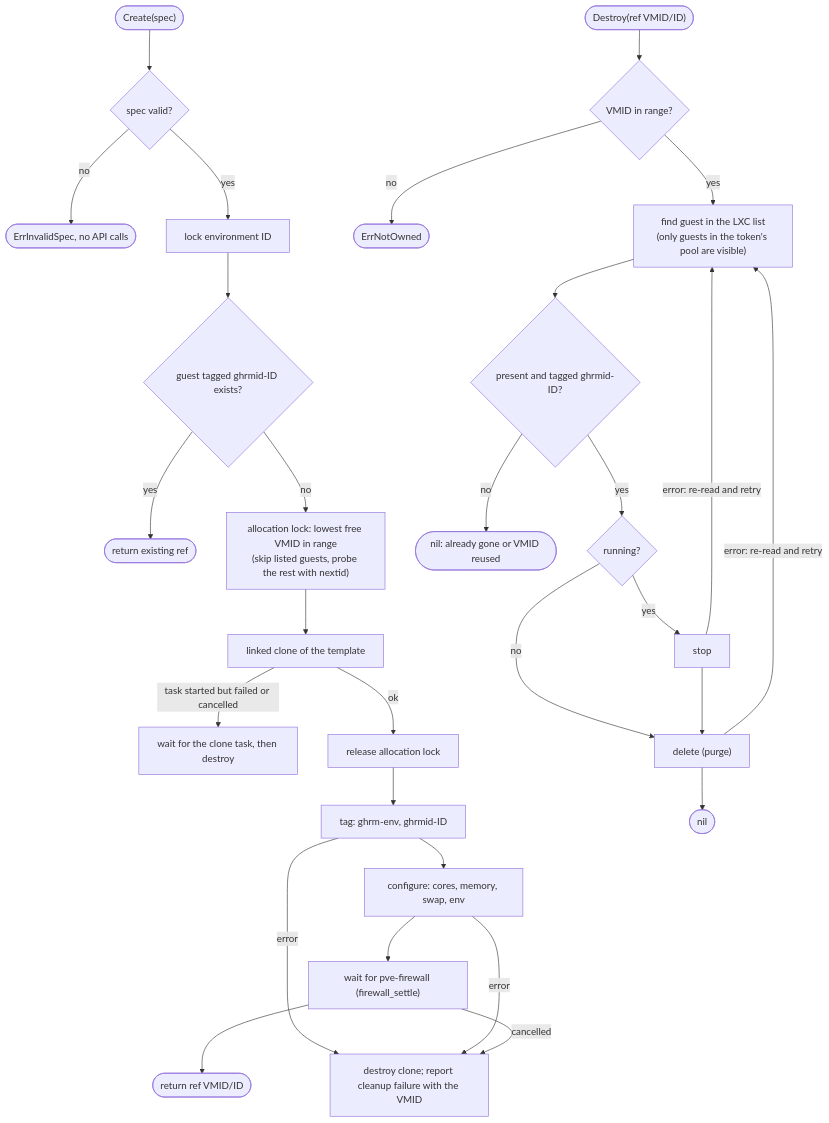
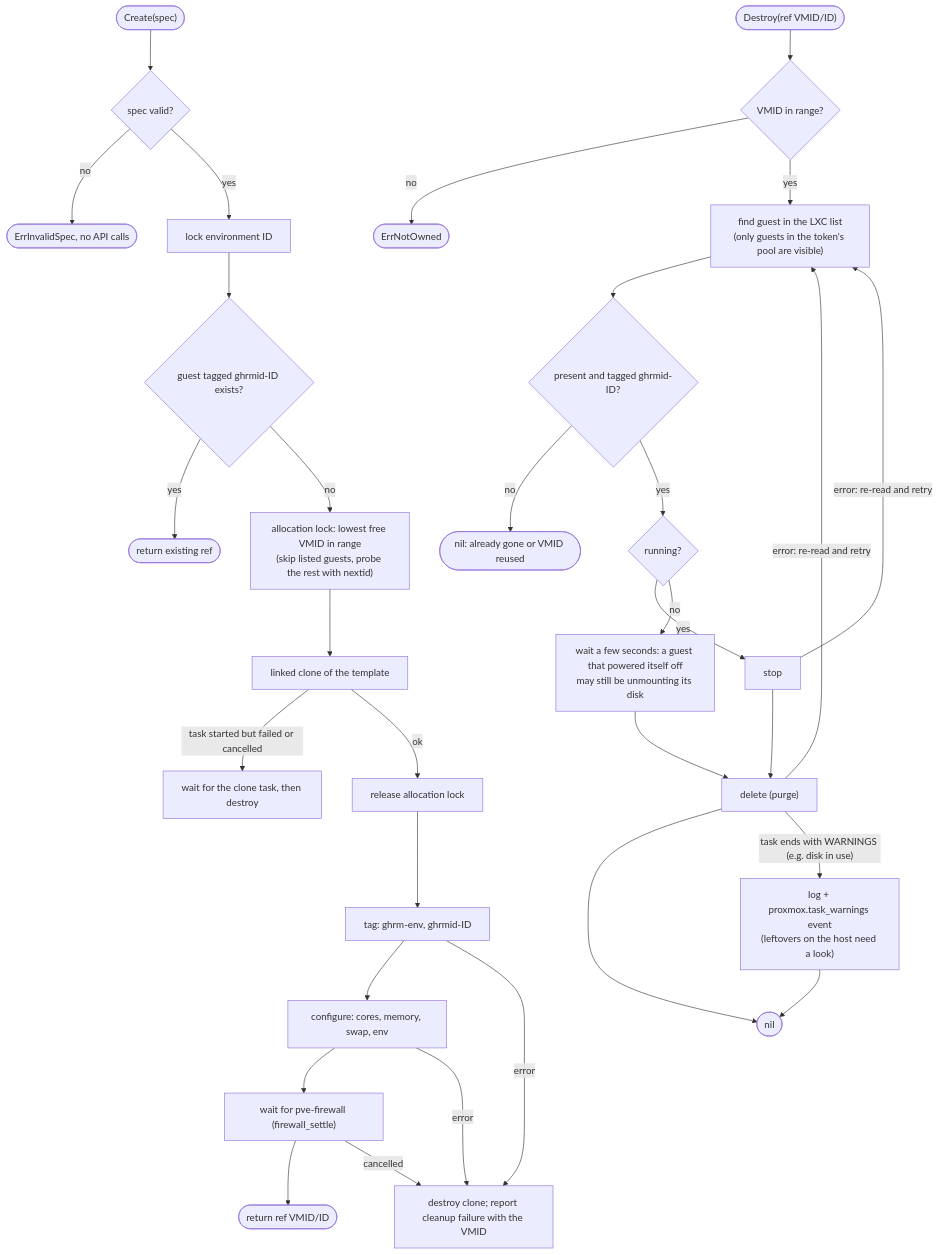
One commit to cocardoso/gh-runners-manager changed the seventh of 10 diagrams in docs/architecture.md. Above: the diagram before and after it, drawn with Mermaid. The commit also changed other lines of this file, not shown here.

Commit message:
docs: builder agent update, destroy settle and warnings, job queue time in the diagrams

````diff
--- a/docs/architecture.md
+++ b/docs/architecture.md
@@ -267,32 +269,35 @@
 ```mermaid
 flowchart TD
     start(["Create(spec)"]) --> validate{"spec valid?"}
     validate -- no --> reject(["ErrInvalidSpec, no API calls"])
     validate -- yes --> idlock["lock environment ID"]
     idlock --> existing{"guest tagged ghrmid-ID exists?"}
     existing -- yes --> same(["return existing ref"])
     existing -- no --> alloc["allocation lock: lowest free VMID in range<br/>(skip listed guests, probe the rest with nextid)"]
     alloc --> clone["linked clone of the template"]
     clone -- "task started but failed or cancelled" --> waitclean["wait for the clone task, then destroy"]
     clone -- ok --> unlockalloc["release allocation lock"]
     unlockalloc --> tag["tag: ghrm-env, ghrmid-ID"]
     tag --> configure["configure: cores, memory, swap, env"]
     configure --> settle["wait for pve-firewall (firewall_settle)"]
     settle --> ref(["return ref VMID/ID"])
     tag -- error --> cleanup["destroy clone; report cleanup failure with the VMID"]
     configure -- error --> cleanup
     settle -- cancelled --> cleanup
 
     dstart(["Destroy(ref VMID/ID)"]) --> range{"VMID in range?"}
     range -- no --> notowned(["ErrNotOwned"])
     range -- yes --> look["find guest in the LXC list<br/>(only guests in the token's pool are visible)"]
     look --> mine{"present and tagged ghrmid-ID?"}
     mine -- no --> gone(["nil: already gone or VMID reused"])
     mine -- yes --> running{"running?"}
     running -- yes --> stop["stop"]
-    running -- no --> del["delete (purge)"]
+    running -- no --> settle2["wait a few seconds: a guest that powered itself off<br/>may still be unmounting its disk"]
+    settle2 --> del["delete (purge)"]
     stop --> del
     stop -- "error: re-read and retry" --> look
     del -- "error: re-read and retry" --> look
     del --> done(["nil"])
+    del -- "task ends with WARNINGS (e.g. disk in use)" --> warn["log + proxmox.task_warnings event<br/>(leftovers on the host need a look)"]
+    warn --> done
 ```
````
